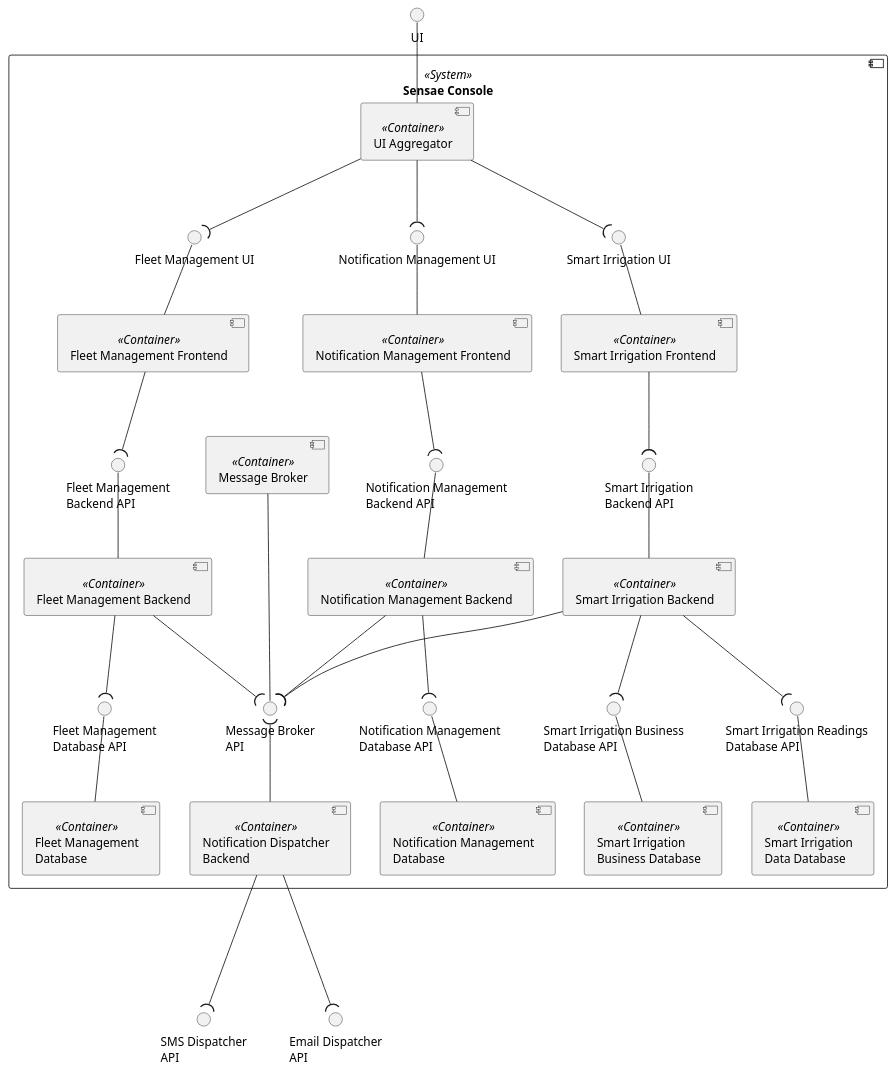
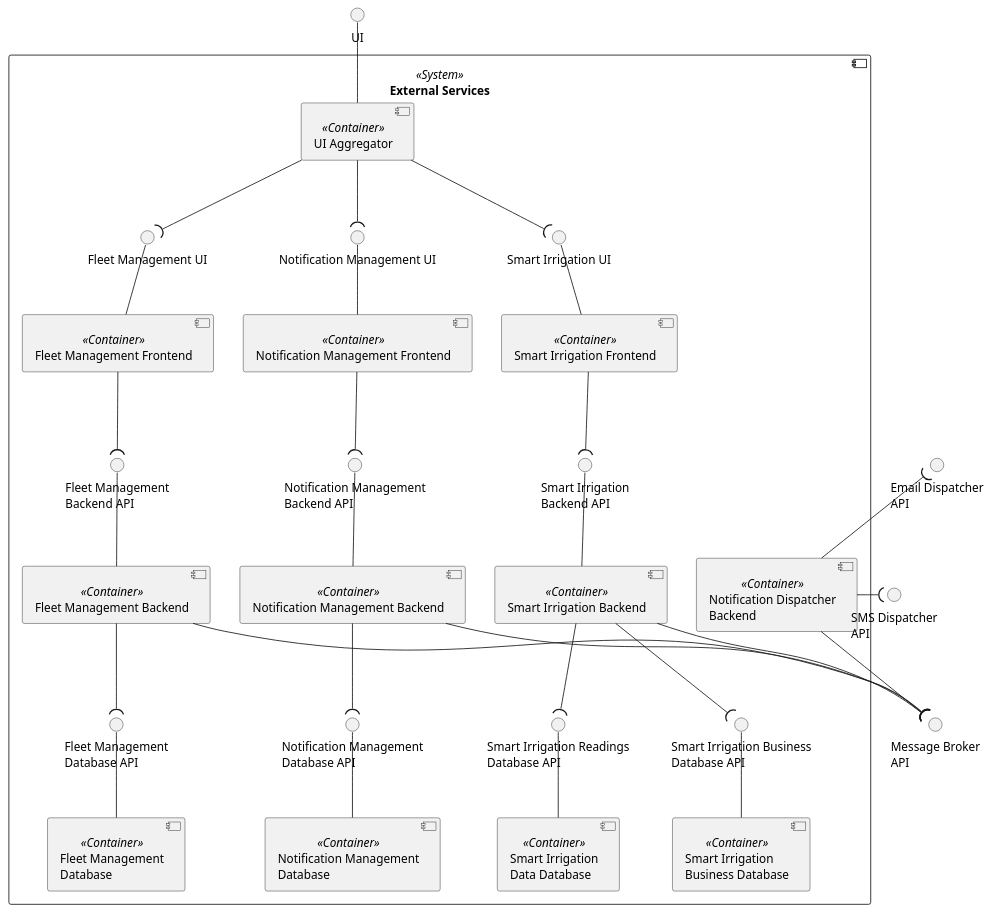
One commit to FilipeMCruz/dissertation changed the diagram in assets/diagrams/design/architectural/level2/logical/service.pu. Above: the diagram before and after it, drawn with PlantUML. The commit also changed 127 other files, not shown here.

```diff
--- a/assets/diagrams/design/architectural/level2/logical/service.pu
+++ b/assets/diagrams/design/architectural/level2/logical/service.pu
@@ -1,80 +1,83 @@
 @startuml service
+
+'left to right direction
 
 skinparam sequenceMessageAlign center
 skinparam Shadowing false
 skinparam componentStyle uml2
 skinparam packageStyle rectangle
 
 interface "UI" as UI
 
 interface "SMS Dispatcher\nAPI" as SMTP_ENDPOINT
 interface "Email Dispatcher\nAPI" as SMS_ENDPOINT
+interface "Message Broker\nAPI" as MB_API
 
-component "Sensae Console" <<System>> {
+component "External Services" <<System>> {
     component "UI Aggregator" as UIAG <<Container>>
     component "Fleet Management Frontend" as LTF <<Container>>
     component "Smart Irrigation Frontend" as SIF <<Container>>
     component "Notification Management Frontend" as NOTIF_MAN_FRONT <<Container>>
 
     interface "Fleet Management UI" as LTF_API
     interface "Smart Irrigation UI" as SIF_API
     interface "Notification Management UI" as NOTIF_MAN_FRONT_API
 
     LTF_API -- LTF
     SIF_API -- SIF
     NOTIF_MAN_FRONT_API -- NOTIF_MAN_FRONT
 
     UIAG --( LTF_API
     UIAG --( SIF_API
     UIAG --( NOTIF_MAN_FRONT_API
 
-    component "Message Broker" as MB <<Container>>
 
     component "Fleet Management Backend" as LTB <<Container>>
     component "Smart Irrigation Backend" as SIB <<Container>>
     component "Fleet Management\nDatabase" as QUESTDB <<Container>>
     component "Smart Irrigation\nData Database" as SIDDB <<Container>>
     component "Smart Irrigation\nBusiness Database" as SIBDB <<Container>>
 
     component "Notification Management Backend" as NOTIF_MAN_BACK <<Container>>
     component "Notification Management\nDatabase" as NOTIF_MAN_DB <<Container>>
     component "Notification Dispatcher\nBackend" as NOTIF_BACK <<Container>>
 
-    interface "Message Broker\nAPI" as MB_API
     interface "Fleet Management\nBackend API" as LTB_API
     interface "Smart Irrigation\nBackend API" as SIB_API
     interface "Fleet Management\nDatabase API" as QUESTDB_API
     interface "Smart Irrigation Readings\nDatabase API" as SIDDB_API
     interface "Smart Irrigation Business\nDatabase API" as SIBDB_API
     interface "Notification Management\nBackend API" as NOTIF_MAN_BACK_API
     interface "Notification Management\nDatabase API" as NOTIF_MAN_DB_API
 
     LTB --( QUESTDB_API
     NOTIF_MAN_BACK --( NOTIF_MAN_DB_API
     SIB --( SIDDB_API
     SIB --( SIBDB_API
-    MB --- MB_API
     NOTIF_MAN_BACK_API -- NOTIF_MAN_BACK
     LTB_API -- LTB
     SIB_API -- SIB
     UI -- UIAG
     QUESTDB_API -- QUESTDB
     NOTIF_MAN_DB_API -- NOTIF_MAN_DB
     SIDDB_API -- SIDDB
     SIBDB_API -- SIBDB
     LTF --( LTB_API
     SIF --( SIB_API
     NOTIF_MAN_FRONT --( NOTIF_MAN_BACK_API
 
     LTB --( MB_API
     SIB --( MB_API
     NOTIF_MAN_BACK --( MB_API
-    MB_API )-- NOTIF_BACK
+    NOTIF_BACK --( MB_API
 
-    NOTIF_BACK ---( SMS_ENDPOINT
-    NOTIF_BACK ---( SMTP_ENDPOINT
+    NOTIF_BACK -( SMTP_ENDPOINT
+    SMS_ENDPOINT )-- NOTIF_BACK
+
+    NOTIF_MAN_BACK -[hidden] NOTIF_BACK
 
     NOTIF_MAN_BACK -[hidden] SIB
 }
 
+
 @enduml
```
